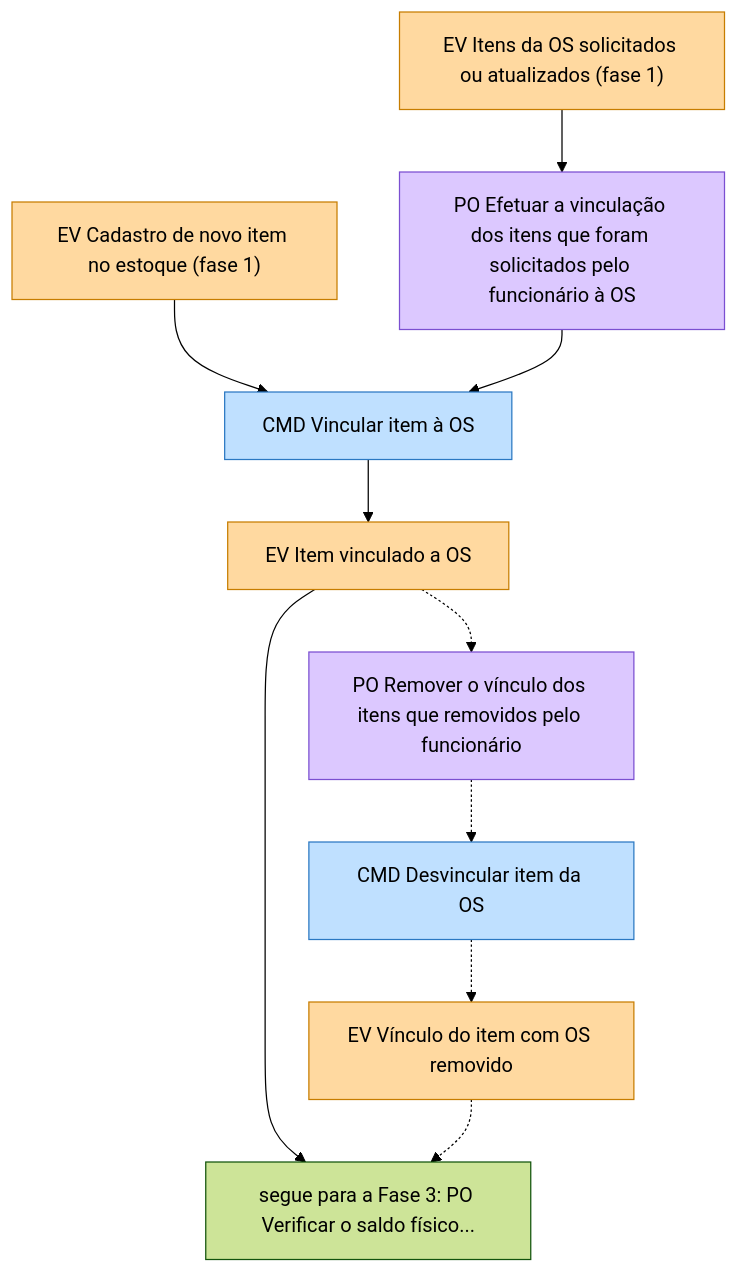
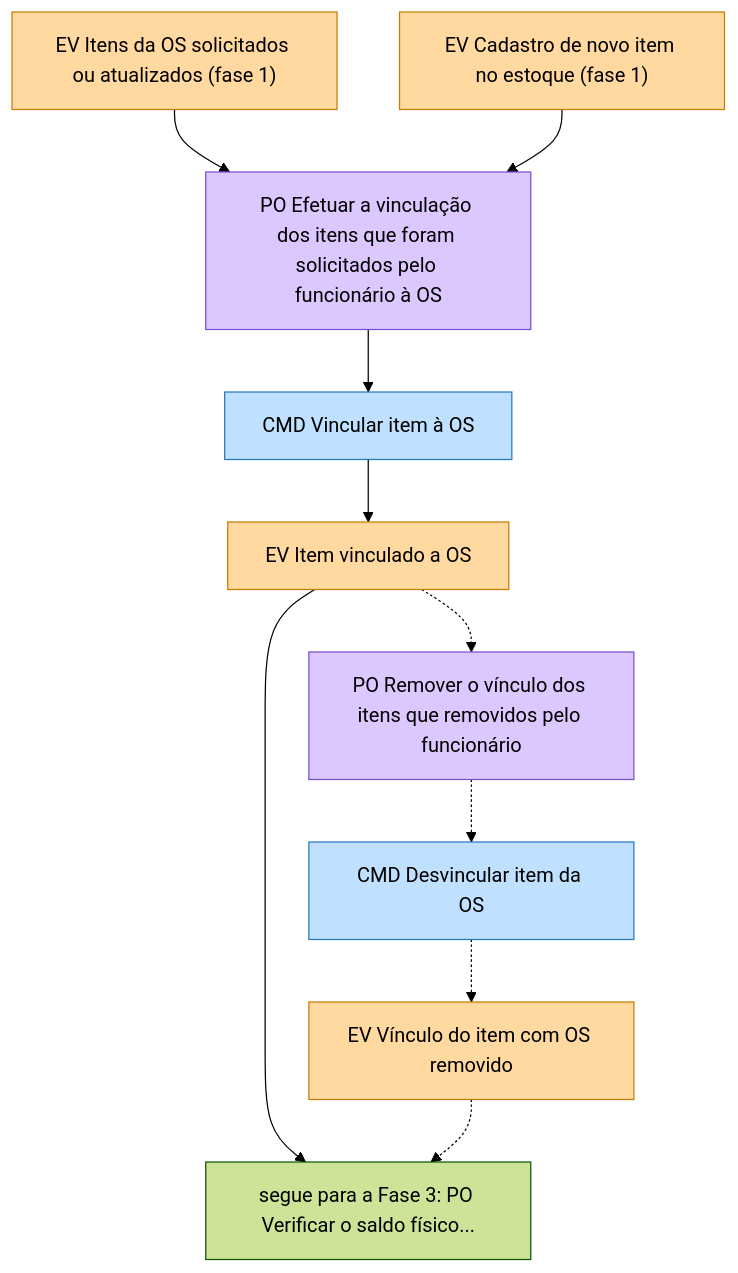
One commit to raffharah/tech-challenge-oficina changed the third of 13 diagrams in docs/ddd/event-storming/fluxo-pecas-insumos.md. Above: the diagram before and after it, drawn with Mermaid (forest theme). The commit also changed other lines of this file and 1 other file, not shown here.

````diff
--- a/docs/ddd/event-storming/fluxo-pecas-insumos.md
+++ b/docs/ddd/event-storming/fluxo-pecas-insumos.md
@@ -95,16 +95,16 @@
 ```mermaid
 flowchart TD
   E1["EV Itens da OS solicitados ou atualizados (fase 1)"] --> P1["PO Efetuar a vinculação dos itens que foram solicitados pelo funcionário à OS"]
-  E0["EV Cadastro de novo item no estoque (fase 1)"] --> C1
+  E0["EV Cadastro de novo item no estoque (fase 1)"] --> P1
   P1 --> C1["CMD Vincular item à OS"] --> E2["EV Item vinculado a OS"]
   E2 -.-> P2["PO Remover o vínculo dos itens que removidos pelo funcionário"] -.-> C2["CMD Desvincular item da OS"] -.-> E3["EV Vínculo do item com OS removido"]
   E2 --> N["segue para a Fase 3: PO Verificar o saldo físico..."]
   E3 -.-> N
 
   classDef cmd fill:#bfe0ff,stroke:#2b78c2,color:#000
   classDef ev fill:#ffd9a0,stroke:#c77d00,color:#000
   classDef po fill:#dcc8ff,stroke:#7b4fd1,color:#000
   class C1,C2 cmd
   class E0,E1,E2,E3 ev
   class P1,P2 po
 ```
````
